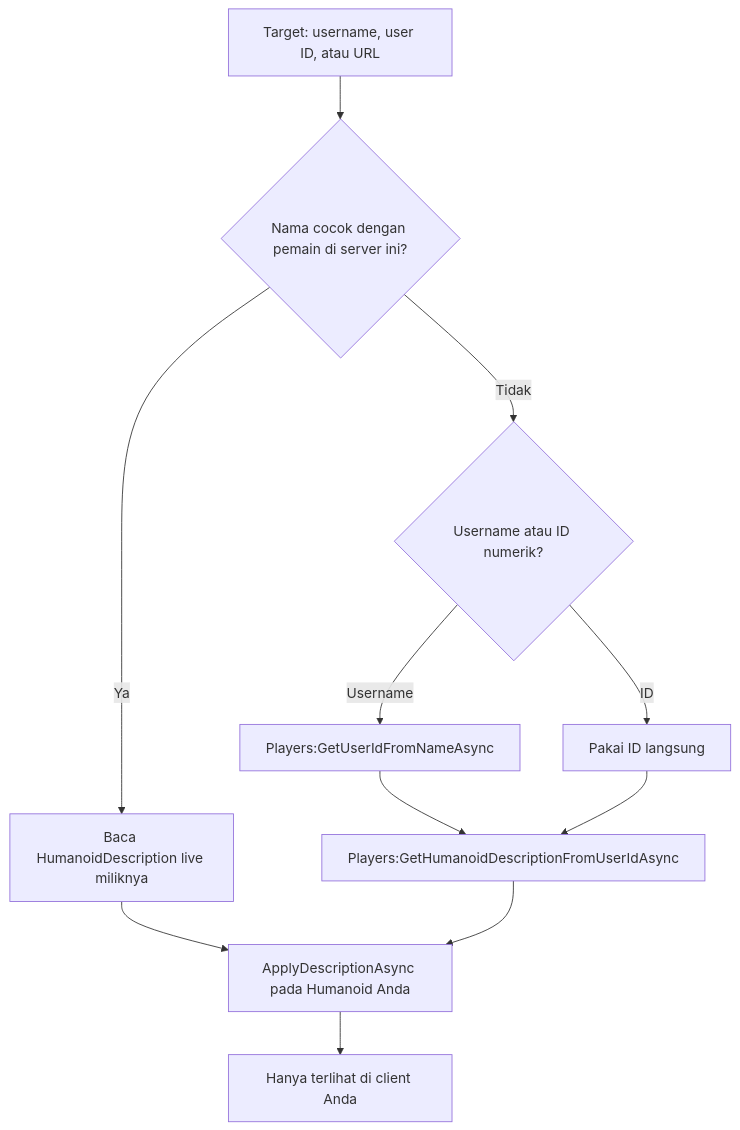
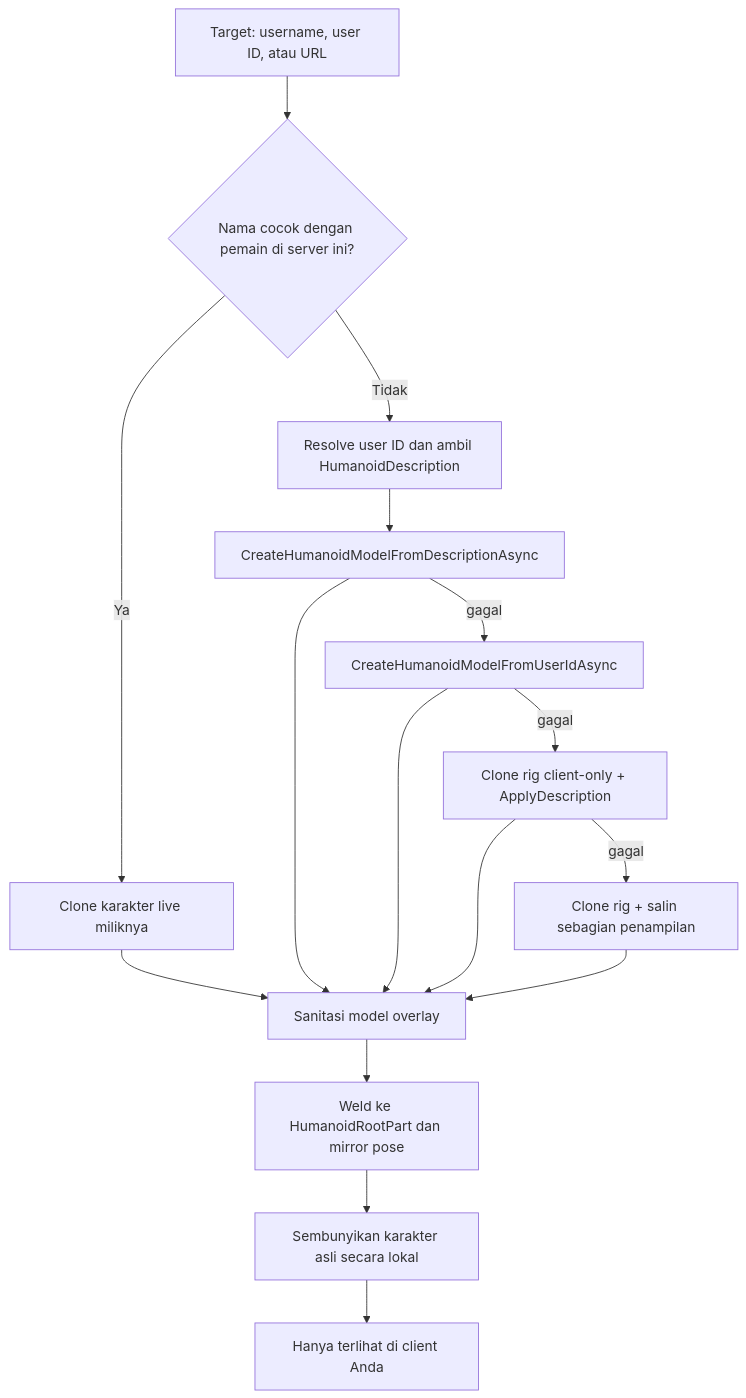
The diagram in README.id.md (ArchDityaa/avatar-copier), drawn with Mermaid before and after one commit. The commit also changed other lines of this file and 6 other files, not shown here.

````diff
--- a/README.id.md
+++ b/README.id.md
@@ -136,13 +163,18 @@
 ```mermaid
 flowchart TD
     A[Target: username, user ID, atau URL] --> B{Nama cocok dengan pemain di server ini?}
-    B -- Ya --> C[Baca HumanoidDescription live miliknya]
-    B -- Tidak --> D{Username atau ID numerik?}
-    D -- Username --> E[Players:GetUserIdFromNameAsync]
-    D -- ID --> F[Pakai ID langsung]
-    E --> G[Players:GetHumanoidDescriptionFromUserIdAsync]
-    F --> G
-    C --> H[ApplyDescriptionAsync pada Humanoid Anda]
-    G --> H
-    H --> I[Hanya terlihat di client Anda]
+    B -- Ya --> C[Clone karakter live miliknya]
+    B -- Tidak --> D[Resolve user ID dan ambil HumanoidDescription]
+    D --> E[CreateHumanoidModelFromDescriptionAsync]
+    E -- gagal --> F[CreateHumanoidModelFromUserIdAsync]
+    F -- gagal --> G[Clone rig client-only + ApplyDescription]
+    G -- gagal --> H[Clone rig + salin sebagian penampilan]
+    C --> I[Sanitasi model overlay]
+    E --> I
+    F --> I
+    G --> I
+    H --> I
+    I --> J[Weld ke HumanoidRootPart dan mirror pose]
+    J --> K[Sembunyikan karakter asli secara lokal]
+    K --> L[Hanya terlihat di client Anda]
 ```
````
